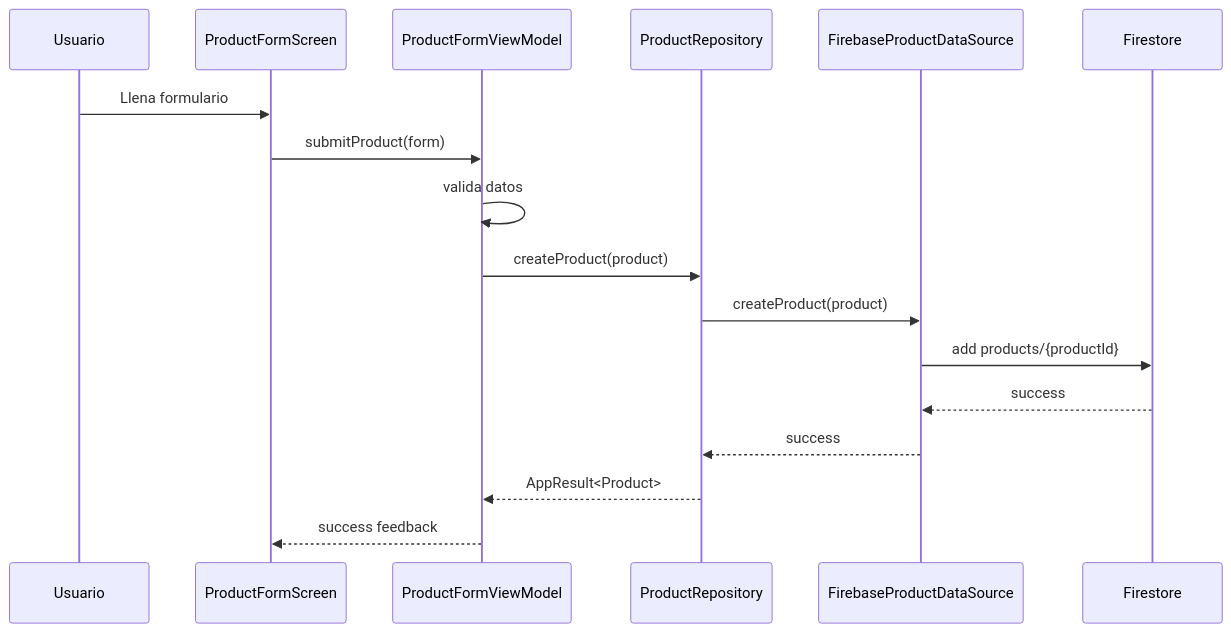
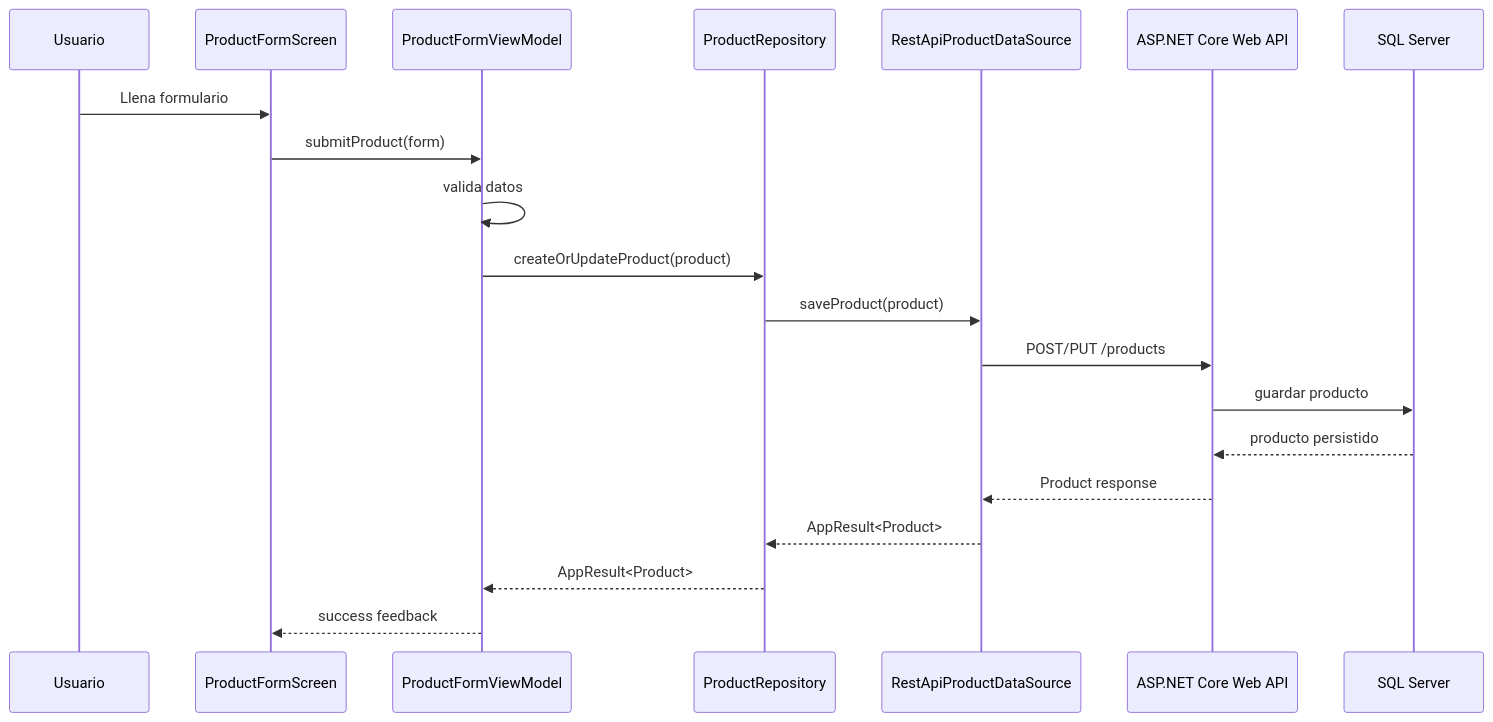
Before and after one commit to DevTeam-DAKFC/inventory-mobile-project: the third of 8 diagrams in docs/architecture/system-architecture.md, drawn with Mermaid. The commit also changed other lines of this file, not shown here.

Commit message:
docs(architecture): align system architecture with .NET backend

````diff
--- a/docs/architecture/system-architecture.md
+++ b/docs/architecture/system-architecture.md
@@ -468,20 +397,23 @@
 ```mermaid
 sequenceDiagram
     participant U as Usuario
     participant UI as ProductFormScreen
     participant VM as ProductFormViewModel
     participant R as ProductRepository
-    participant DS as FirebaseProductDataSource
-    participant FS as Firestore
+    participant DS as RestApiProductDataSource
+    participant API as ASP.NET Core Web API
+    participant SQL as SQL Server
 
     U->>UI: Llena formulario
     UI->>VM: submitProduct(form)
     VM->>VM: valida datos
-    VM->>R: createProduct(product)
-    R->>DS: createProduct(product)
-    DS->>FS: add products/{productId}
-    FS-->>DS: success
-    DS-->>R: success
+    VM->>R: createOrUpdateProduct(product)
+    R->>DS: saveProduct(product)
+    DS->>API: POST/PUT /products
+    API->>SQL: guardar producto
+    SQL-->>API: producto persistido
+    API-->>DS: Product response
+    DS-->>R: AppResult<Product>
     R-->>VM: AppResult<Product>
     VM-->>UI: success feedback
 ```
````
